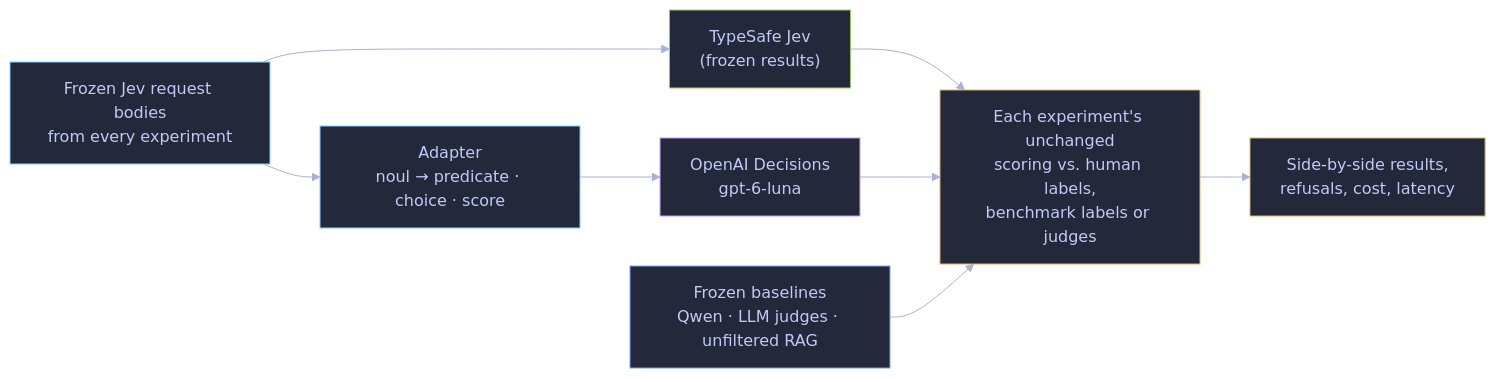
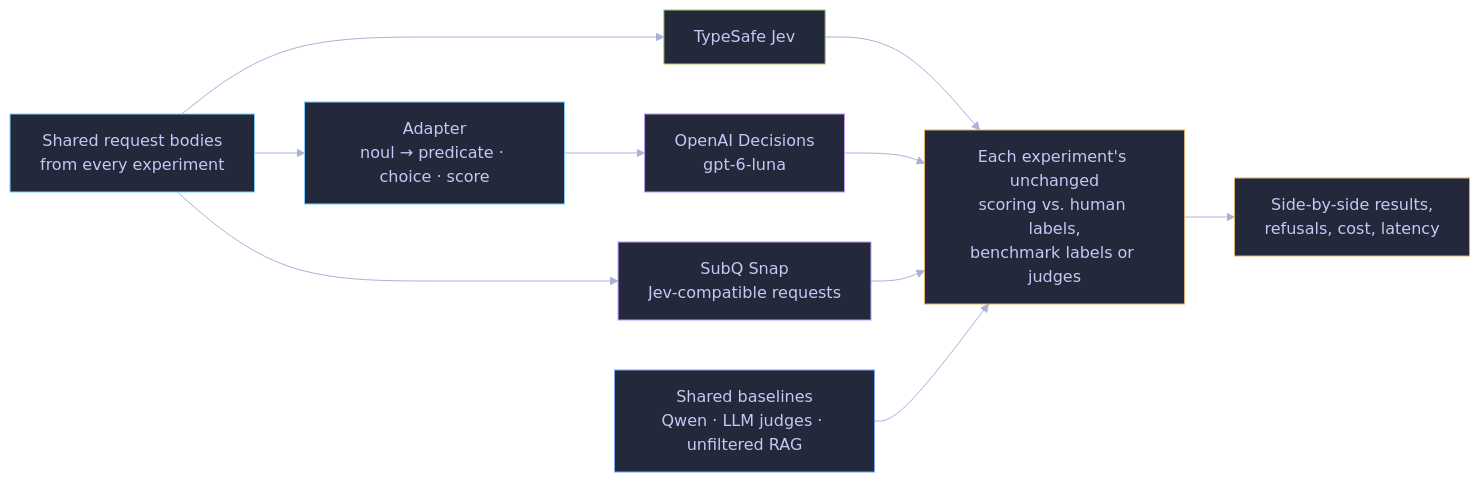
One commit to dorkitude/decision-model-testing changed the diagram in README.md. Above: the diagram before and after it, drawn with Mermaid. The commit also changed other lines of this file and 57 other files, not shown here.

Commit message:
publish cohesive SubQ benchmark results

````diff
--- a/README.md
+++ b/README.md
@@ -54,21 +63,23 @@
 ```mermaid
 %%{init: {"theme": "base", "themeVariables": {"background": "#1a1b26", "primaryColor": "#24283b", "primaryTextColor": "#c0caf5", "textColor": "#c0caf5", "primaryBorderColor": "#7aa2f7", "lineColor": "#a9b1d6", "edgeLabelBackground": "#1a1b26"}}}%%
 flowchart LR
-    F["Frozen Jev request bodies<br/>from every experiment"] --> J["TypeSafe Jev<br/>(frozen results)"]
+    F["Shared request bodies<br/>from every experiment"] --> J["TypeSafe Jev"]
     F --> A["Adapter<br/>noul → predicate · choice · score"]
     A --> D["OpenAI Decisions<br/>gpt-6-luna"]
+    F --> S["SubQ Snap<br/>Jev-compatible requests"]
     J --> X["Each experiment's unchanged<br/>scoring vs. human labels,<br/>benchmark labels or judges"]
     D --> X
-    B["Frozen baselines<br/>Qwen · LLM judges · unfiltered RAG"] --> X
+    S --> X
+    B["Shared baselines<br/>Qwen · LLM judges · unfiltered RAG"] --> X
     X --> R["Side-by-side results,<br/>refusals, cost, latency"]
     classDef shared fill:#24283b,stroke:#7dcfff,color:#c0caf5;
     classDef baseline fill:#24283b,stroke:#7aa2f7,color:#c0caf5;
     classDef jev fill:#24283b,stroke:#9ece6a,color:#c0caf5;
     classDef decisions fill:#24283b,stroke:#bb9af7,color:#c0caf5;
     classDef score fill:#24283b,stroke:#e0af68,color:#c0caf5;
     class F,A shared;
     class B baseline;
     class J jev;
-    class D decisions;
+    class D,S decisions;
     class X,R score;
 ```
````
